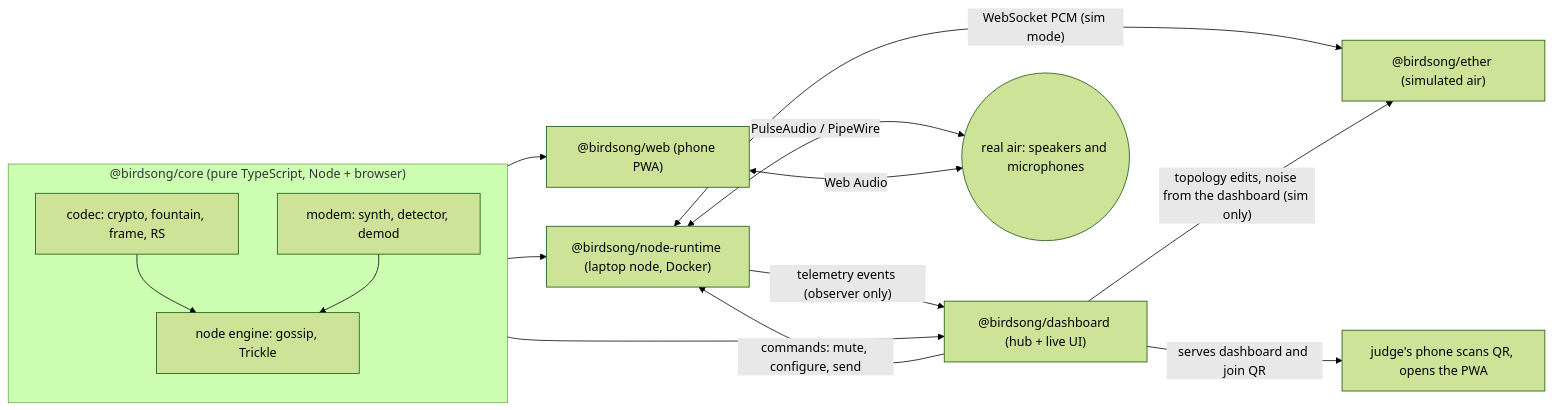
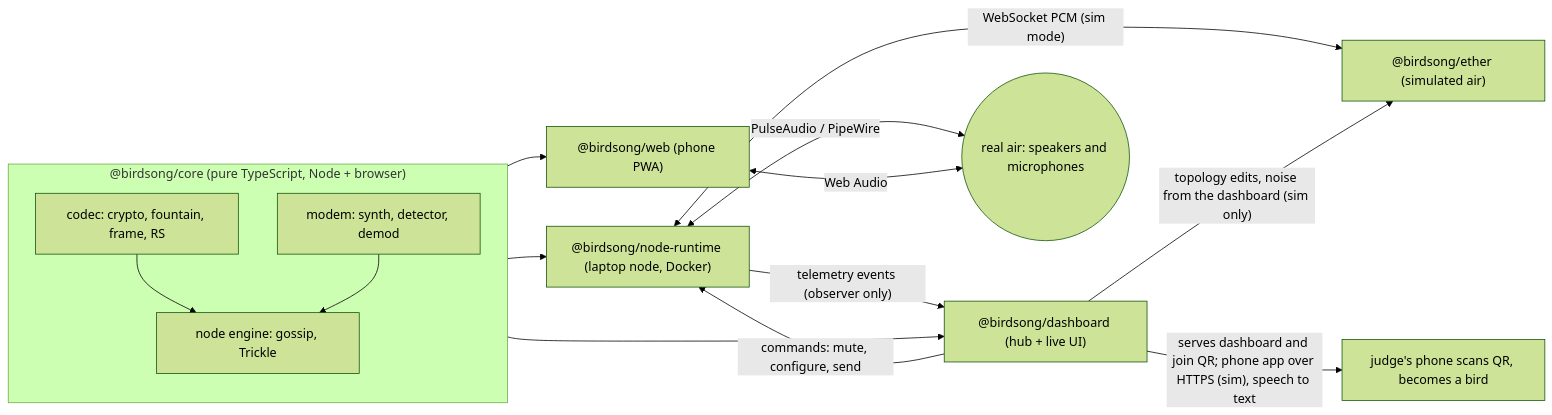
One commit to AdiP1353/BirdSong changed the diagram in docs/ARCHITECTURE.md. Above: the diagram before and after it, drawn with Mermaid (forest theme). The commit also changed other lines of this file and 27 other files, not shown here.

First line of the commit message:
feat(phone): one QR, phone is a bird with speech-to-text dictation

````diff
--- a/docs/ARCHITECTURE.md
+++ b/docs/ARCHITECTURE.md
@@ -5,26 +5,26 @@
 ```mermaid
 flowchart LR
   subgraph core["@birdsong/core (pure TypeScript, Node + browser)"]
     codec["codec: crypto, fountain, frame, RS"]
     modem["modem: synth, detector, demod"]
     engine["node engine: gossip, Trickle"]
     codec --> engine
     modem --> engine
   end
   nr["@birdsong/node-runtime (laptop node, Docker)"]
   web["@birdsong/web (phone PWA)"]
   hub["@birdsong/dashboard (hub + live UI)"]
   ether["@birdsong/ether (simulated air)"]
   air(("real air: speakers and microphones"))
 
   core --> nr
   core --> web
   core --> hub
   nr <-->|"PulseAudio / PipeWire"| air
   web <-->|"Web Audio"| air
   nr <-->|"WebSocket PCM (sim mode)"| ether
   nr -->|"telemetry events (observer only)"| hub
   hub -->|"commands: mute, configure, send"| nr
   hub -->|"topology edits, noise from the dashboard (sim only)"| ether
-  hub -->|"serves dashboard and join QR"| judge["judge's phone scans QR, opens the PWA"]
+  hub -->|"serves dashboard and join QR; phone app over HTTPS (sim), speech to text"| judge["judge's phone scans QR, becomes a bird"]
 ```
````
